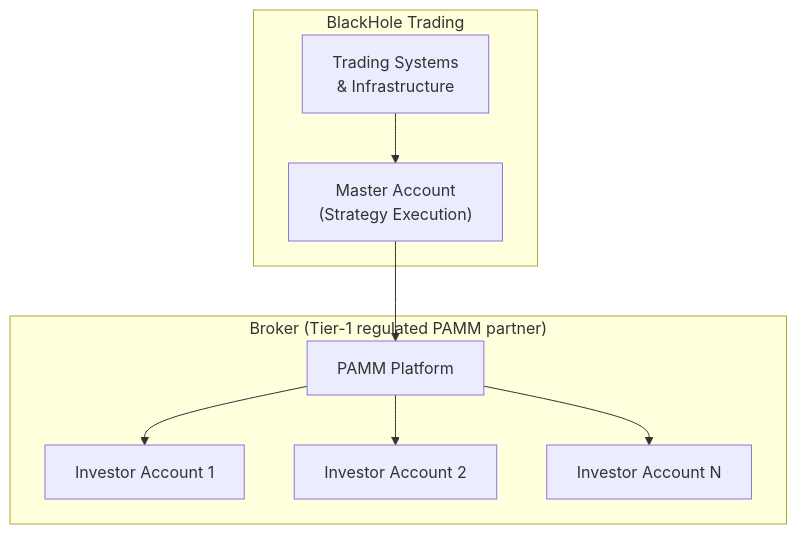
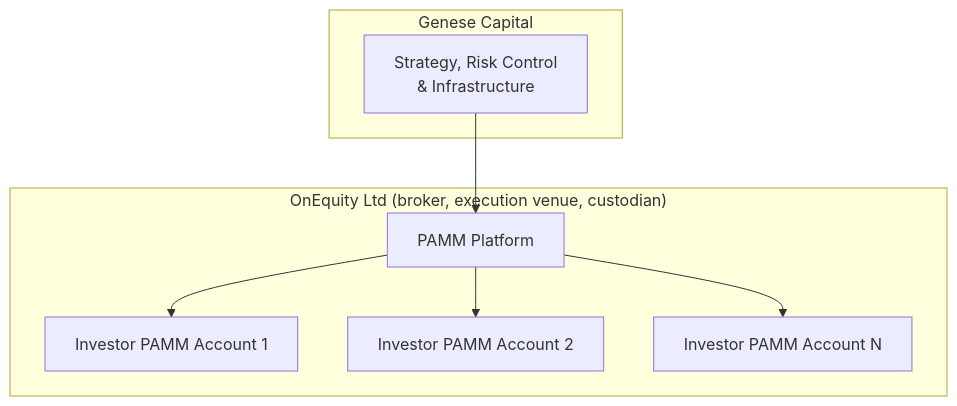
Before and after one commit to blackholefund/external_docs: the first of 2 diagrams in docs/OPERATIONAL_DUE_DILIGENCE.md, drawn with Mermaid. The commit also changed other lines of this file and 17 other files, not shown here.

First line of the commit message:
docs: update for Genese Capital rebrand and align with DD reference

````diff
--- a/docs/OPERATIONAL_DUE_DILIGENCE.md
+++ b/docs/OPERATIONAL_DUE_DILIGENCE.md
@@ -13,20 +28,18 @@
 ```mermaid
 flowchart TB
-    subgraph Manager["BlackHole Trading"]
-        Master["Master Account\n(Strategy Execution)"]
-        Systems["Trading Systems\n& Infrastructure"]
+    subgraph Manager["Genese Capital"]
+        Systems["Strategy, Risk Control\n& Infrastructure"]
     end
 
-    subgraph Broker["Broker (Tier-1 regulated PAMM partner)"]
+    subgraph Broker["OnEquity Ltd (broker, execution venue, custodian)"]
         PAMM["PAMM Platform"]
-        Inv1["Investor Account 1"]
-        Inv2["Investor Account 2"]
-        Inv3["Investor Account N"]
+        Inv1["Investor PAMM Account 1"]
+        Inv2["Investor PAMM Account 2"]
+        Inv3["Investor PAMM Account N"]
     end
 
-    Master --> PAMM
-    Systems --> Master
+    Systems --> PAMM
     PAMM --> Inv1
     PAMM --> Inv2
     PAMM --> Inv3
 ```
````
